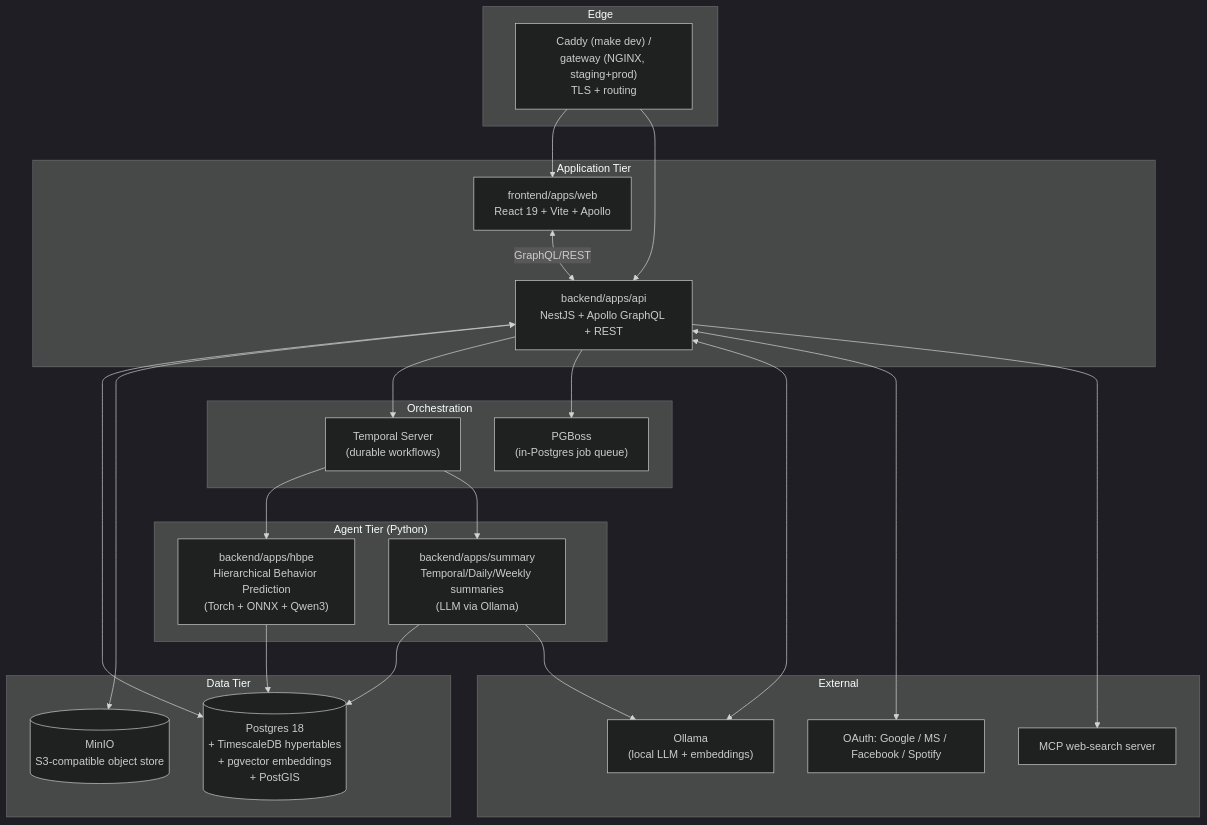
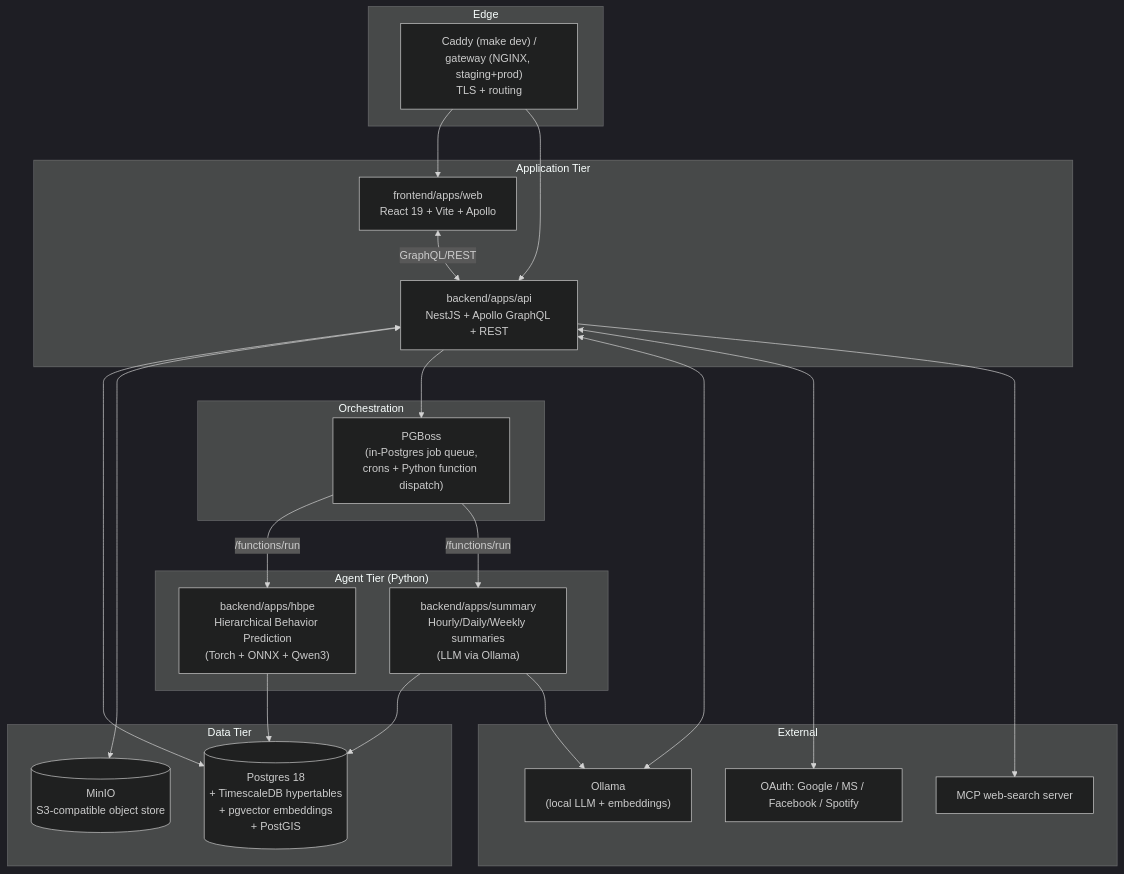
The second of 6 diagrams in docs/architecture/architecture.md (bennettchamberlain/Requiemv1), drawn with Mermaid (dark theme) before and after one commit. The commit also changed other lines of this file and 94 other files, not shown here.

````diff
--- a/docs/architecture/architecture.md
+++ b/docs/architecture/architecture.md
@@ -101,48 +99,46 @@
 ```mermaid
 flowchart TB
     subgraph Edge
       NGINX["Caddy (make dev) /<br/>gateway (NGINX, staging+prod)<br/>TLS + routing"]
     end
 
     subgraph App["Application Tier"]
       WEB["frontend/apps/web<br/>React 19 + Vite + Apollo"]
       API["backend/apps/api<br/>NestJS + Apollo GraphQL + REST"]
     end
 
     subgraph Agents["Agent Tier (Python)"]
       HBPE["backend/apps/hbpe<br/>Hierarchical Behavior Prediction<br/>(Torch + ONNX + Qwen3)"]
-      SUM["backend/apps/summary<br/>Temporal/Daily/Weekly summaries<br/>(LLM via Ollama)"]
+      SUM["backend/apps/summary<br/>Hourly/Daily/Weekly summaries<br/>(LLM via Ollama)"]
     end
 
     subgraph Data["Data Tier"]
       PG[("Postgres 18<br/>+ TimescaleDB hypertables<br/>+ pgvector embeddings<br/>+ PostGIS")]
       OBJ[("MinIO<br/>S3-compatible object store")]
     end
 
     subgraph Orchestration
-      TEMP["Temporal Server<br/>(durable workflows)"]
-      PGBOSS["PGBoss<br/>(in-Postgres job queue)"]
+      PGBOSS["PGBoss<br/>(in-Postgres job queue,<br/>crons + Python function dispatch)"]
     end
 
     subgraph External
       OLLAMA["Ollama<br/>(local LLM + embeddings)"]
       OAUTH["OAuth: Google / MS / Facebook / Spotify"]
       MCPWS["MCP web-search server"]
     end
 
     NGINX --> WEB
     NGINX --> API
     WEB <-- "GraphQL/REST" --> API
     API <--> PG
     API <--> OBJ
-    API --> TEMP
     API --> PGBOSS
     API <--> OLLAMA
     API <--> OAUTH
     API --> MCPWS
-    TEMP --> HBPE
-    TEMP --> SUM
+    PGBOSS -- "/functions/run" --> HBPE
+    PGBOSS -- "/functions/run" --> SUM
     HBPE --> PG
     SUM --> PG
     SUM --> OLLAMA
 ```
````
